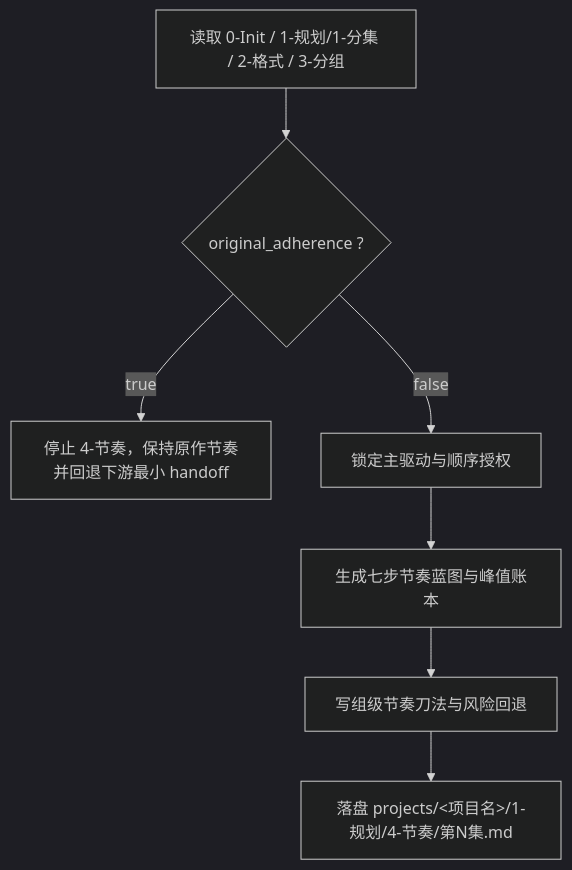
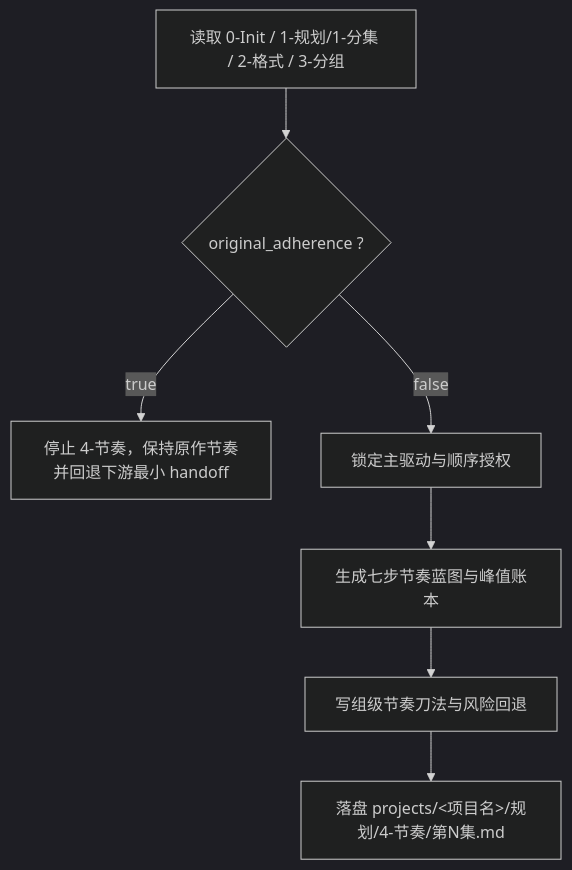
The diagram in .agents/skills/aigc/1-规划/subtypes/4-节奏/SKILL.md (ZEN-VOID/AI-CUT), drawn with Mermaid (dark theme) before and after one commit. The commit also changed other lines of this file and 70 other files, not shown here.

````diff
--- a/.agents/skills/aigc/1-规划/subtypes/4-节奏/SKILL.md
+++ b/.agents/skills/aigc/1-规划/subtypes/4-节奏/SKILL.md
@@ -53,9 +53,9 @@
 ```mermaid
 flowchart TD
     A["读取 0-Init / 1-规划/1-分集 / 2-格式 / 3-分组"] --> B{"original_adherence ?"}
     B -->|"true"| C["停止 4-节奏，保持原作节奏并回退下游最小 handoff"]
     B -->|"false"| D["锁定主驱动与顺序授权"]
     D --> E["生成七步节奏蓝图与峰值账本"]
     E --> F["写组级节奏刀法与风险回退"]
-    F --> G["落盘 projects/<项目名>/1-规划/4-节奏/第N集.md"]
+    F --> G["落盘 projects/<项目名>/规划/4-节奏/第N集.md"]
 ```
````
